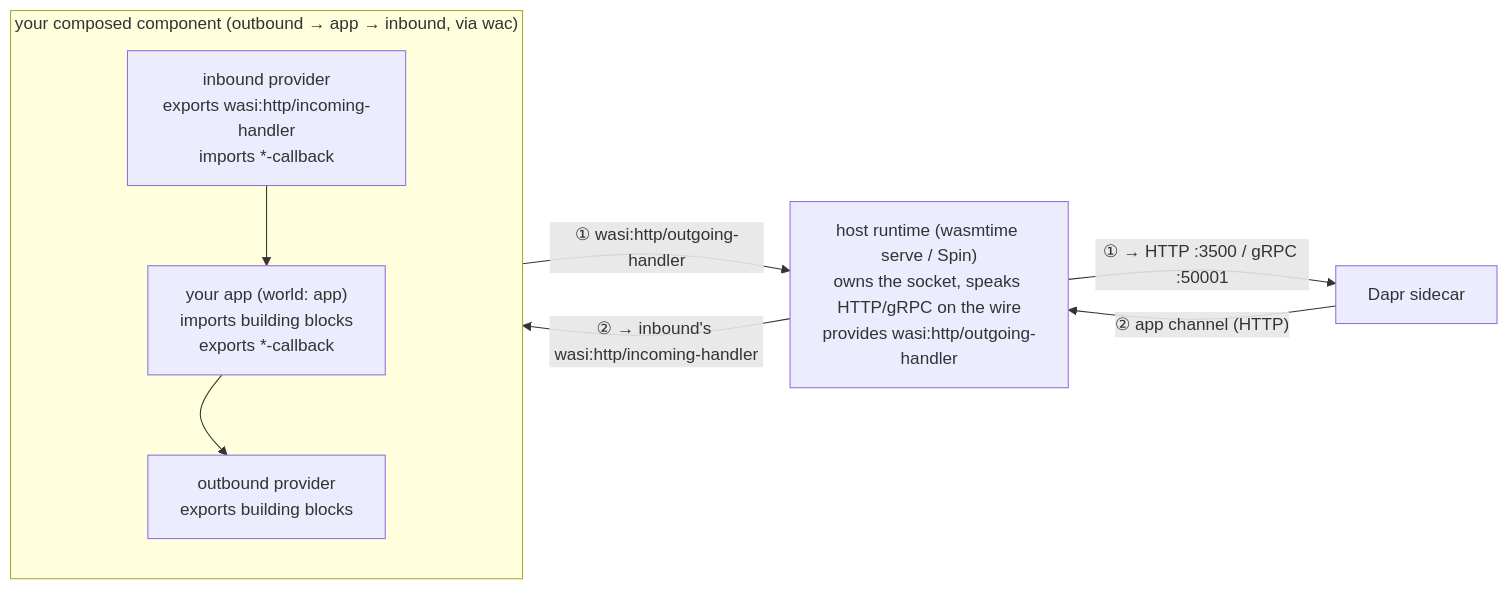
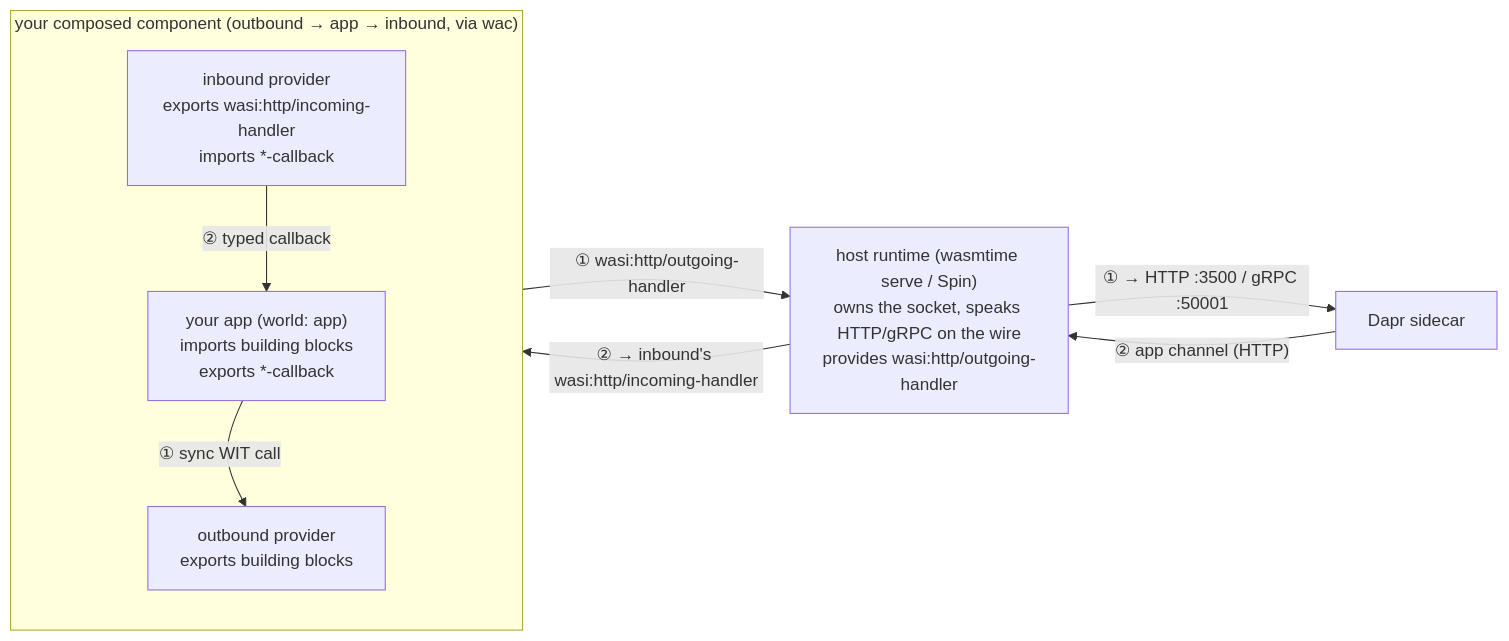
One commit to sideeffffect/dapr-wasm-components changed the diagram in README.md. Above: the diagram before and after it, drawn with Mermaid.

Commit message:
README: restore the in-box edge labels now that the layout has room for them
With outbound stacked on the bottom, the app→outbound and inbound→app edges sit
in separate regions (bottom-right and top-right), so their labels no longer
collide. Put back "① sync WIT call" and "② typed callback". Verified at default
spacing: no label or box overlaps.

````diff
--- a/README.md
+++ b/README.md
@@ -58,24 +58,24 @@
 ```mermaid
 flowchart LR
     sidecar["Dapr sidecar"]
     host["host runtime (wasmtime serve / Spin)<br/>owns the socket, speaks HTTP/gRPC on the wire<br/>provides wasi:http/outgoing-handler"]
 
     subgraph composed["your composed component (outbound → app → inbound, via wac)"]
         direction TB
         inbound["inbound provider<br/>exports wasi:http/incoming-handler<br/>imports *-callback"]
         outbound["outbound provider<br/>exports building blocks"]
         app["your app (world: app)<br/>imports building blocks<br/>exports *-callback"]
     end
 
     %% invisible rank hints keep app rightmost; outbound on the bottom so the
     %% app→outbound back-edge dives into open space instead of crossing inbound
     host ~~~ outbound
     outbound ~~~ app
 
-    app --> outbound
+    app -- "① sync WIT call" --> outbound
     outbound -- "① wasi:http/outgoing-handler" --> host
     host -- "① → HTTP :3500 / gRPC :50001" --> sidecar
     sidecar -- "② app channel (HTTP)" --> host
     host -- "② → inbound's wasi:http/incoming-handler" --> inbound
-    inbound --> app
+    inbound -- "② typed callback" --> app
 ```
````
